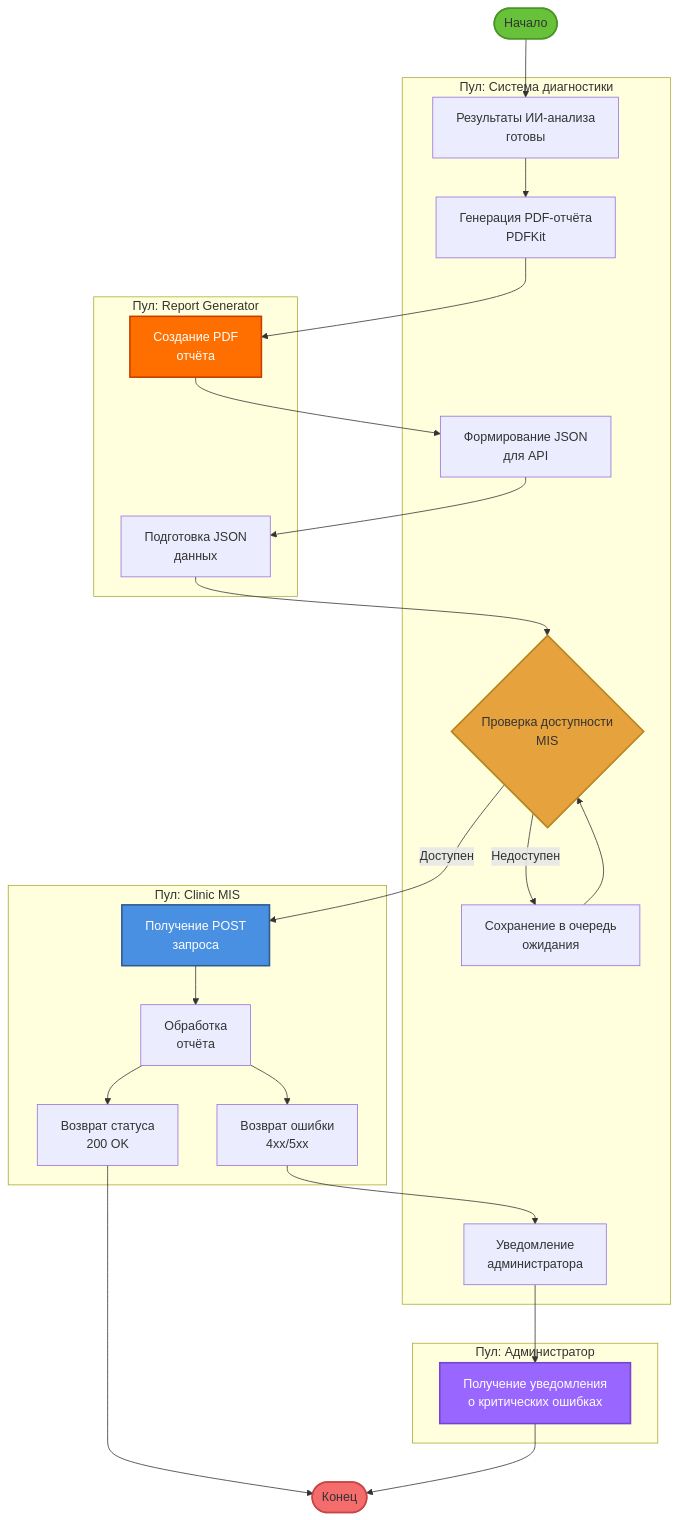
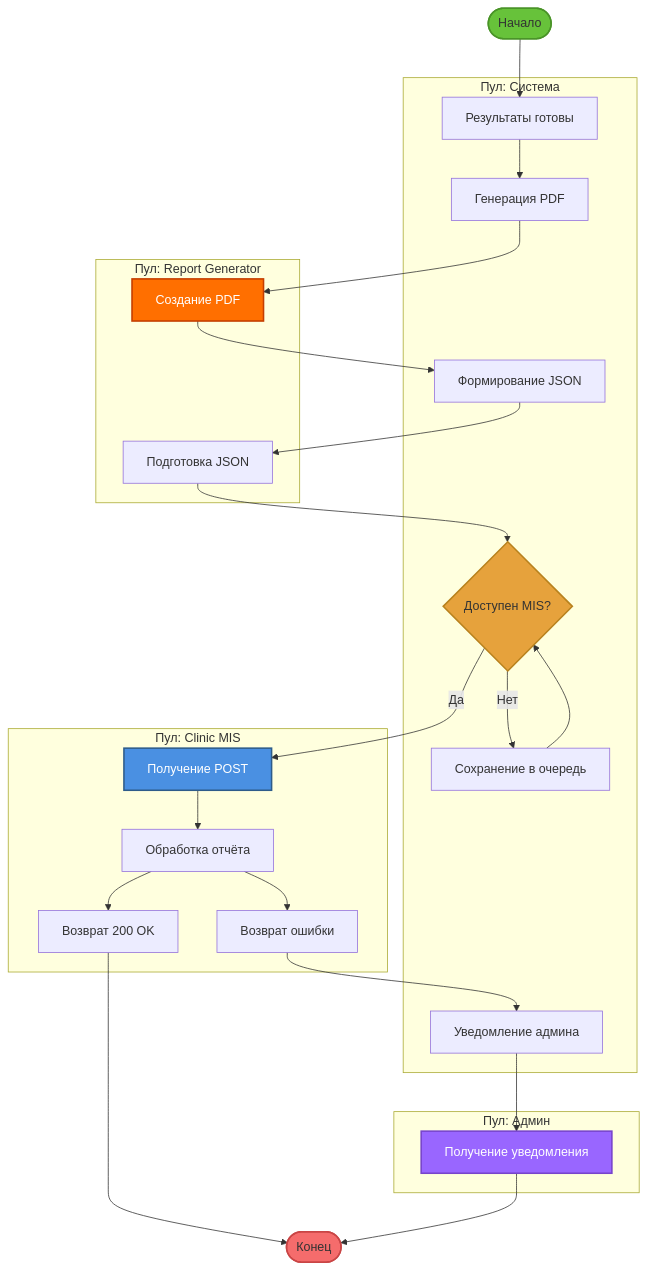
One commit to Edisheri/system-engineering-playbook changed the diagram in src/architecture/bpmn-scenario4.md. Above: the diagram before and after it, drawn with Mermaid. The commit also changed 3 other files, not shown here.

Commit message:
Optimize BPMN scenario diagrams: reduce text length and make more compact for screenshots

````diff
--- a/src/architecture/bpmn-scenario4.md
+++ b/src/architecture/bpmn-scenario4.md
@@ -11,53 +11,53 @@
 ```mermaid
 graph TB
     Start([Начало])
     
-    subgraph "Пул: Система диагностики"
-        S1[Результаты ИИ-анализа<br/>готовы]
-        S2[Генерация PDF-отчёта<br/>PDFKit]
-        S3[Формирование JSON<br/>для API]
-        S4{Проверка доступности<br/>MIS}
-        S5[Сохранение в очередь<br/>ожидания]
-        S6[Уведомление<br/>администратора]
+    subgraph "Пул: Система"
+        S1[Результаты готовы]
+        S2[Генерация PDF]
+        S3[Формирование JSON]
+        S4{Доступен MIS?}
+        S5[Сохранение в очередь]
+        S6[Уведомление админа]
     end
     
     subgraph "Пул: Report Generator"
-        R1[Создание PDF<br/>отчёта]
-        R2[Подготовка JSON<br/>данных]
+        R1[Создание PDF]
+        R2[Подготовка JSON]
     end
     
     subgraph "Пул: Clinic MIS"
-        M1[Получение POST<br/>запроса]
-        M2[Обработка<br/>отчёта]
-        M3[Возврат статуса<br/>200 OK]
-        M4[Возврат ошибки<br/>4xx/5xx]
+        M1[Получение POST]
+        M2[Обработка отчёта]
+        M3[Возврат 200 OK]
+        M4[Возврат ошибки]
     end
     
-    subgraph "Пул: Администратор"
-        A1[Получение уведомления<br/>о критических ошибках]
+    subgraph "Пул: Админ"
+        A1[Получение уведомления]
     end
     
     Start --> S1
     S1 --> S2
     S2 --> R1
     R1 --> S3
     S3 --> R2
     R2 --> S4
-    S4 -->|Доступен| M1
-    S4 -->|Недоступен| S5
+    S4 -->|Да| M1
+    S4 -->|Нет| S5
     S5 --> S4
     M1 --> M2
     M2 --> M3
     M2 --> M4
     M3 --> End([Конец])
     M4 --> S6
     S6 --> A1
     A1 --> End
     
     style Start fill:#67c23a,stroke:#4a9428,stroke-width:2px
     style End fill:#f56c6c,stroke:#c94545,stroke-width:2px
     style S4 fill:#e6a23c,stroke:#b8821e,stroke-width:2px
     style R1 fill:#ff6f00,stroke:#c43e00,stroke-width:2px,color:#fff
     style M1 fill:#4a90e2,stroke:#2e5c8a,stroke-width:2px,color:#fff
     style A1 fill:#9966ff,stroke:#7744cc,stroke-width:2px,color:#fff
 ```
````
